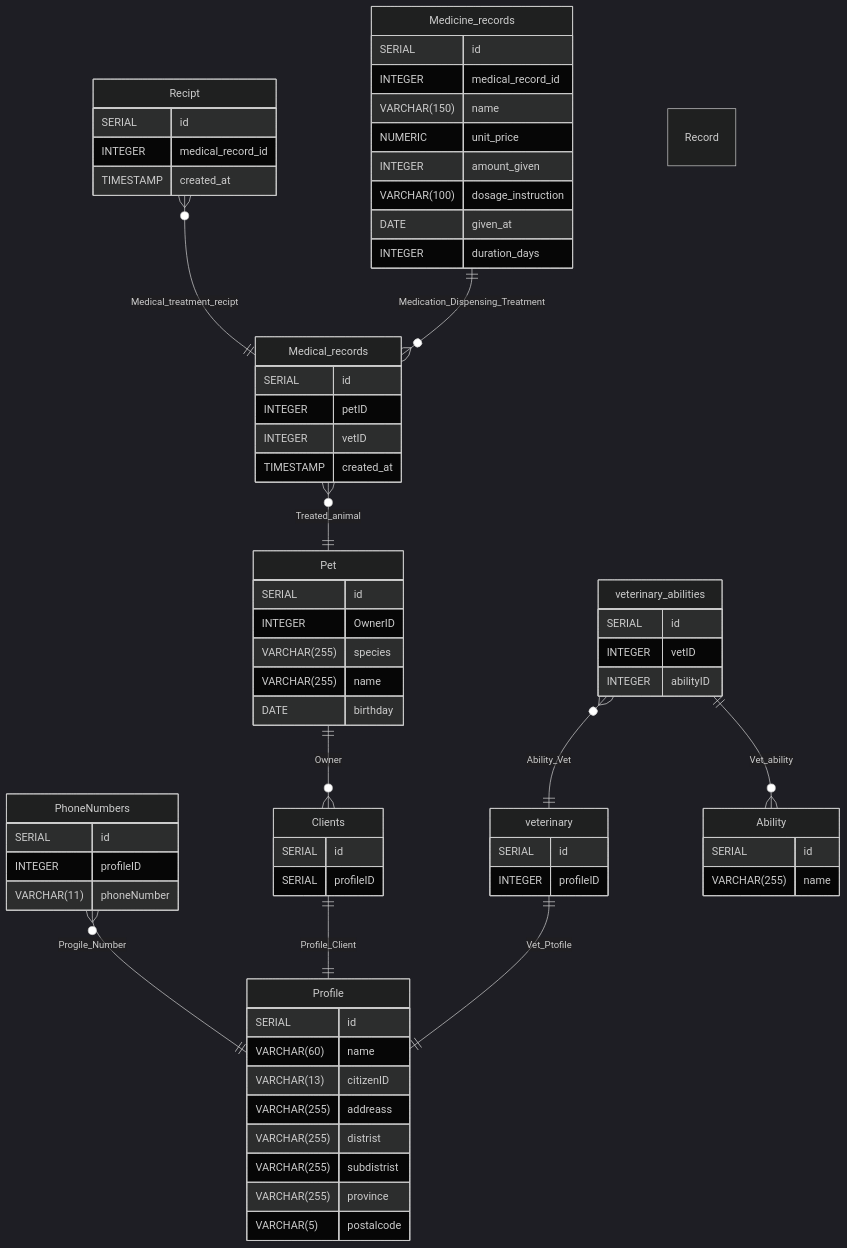
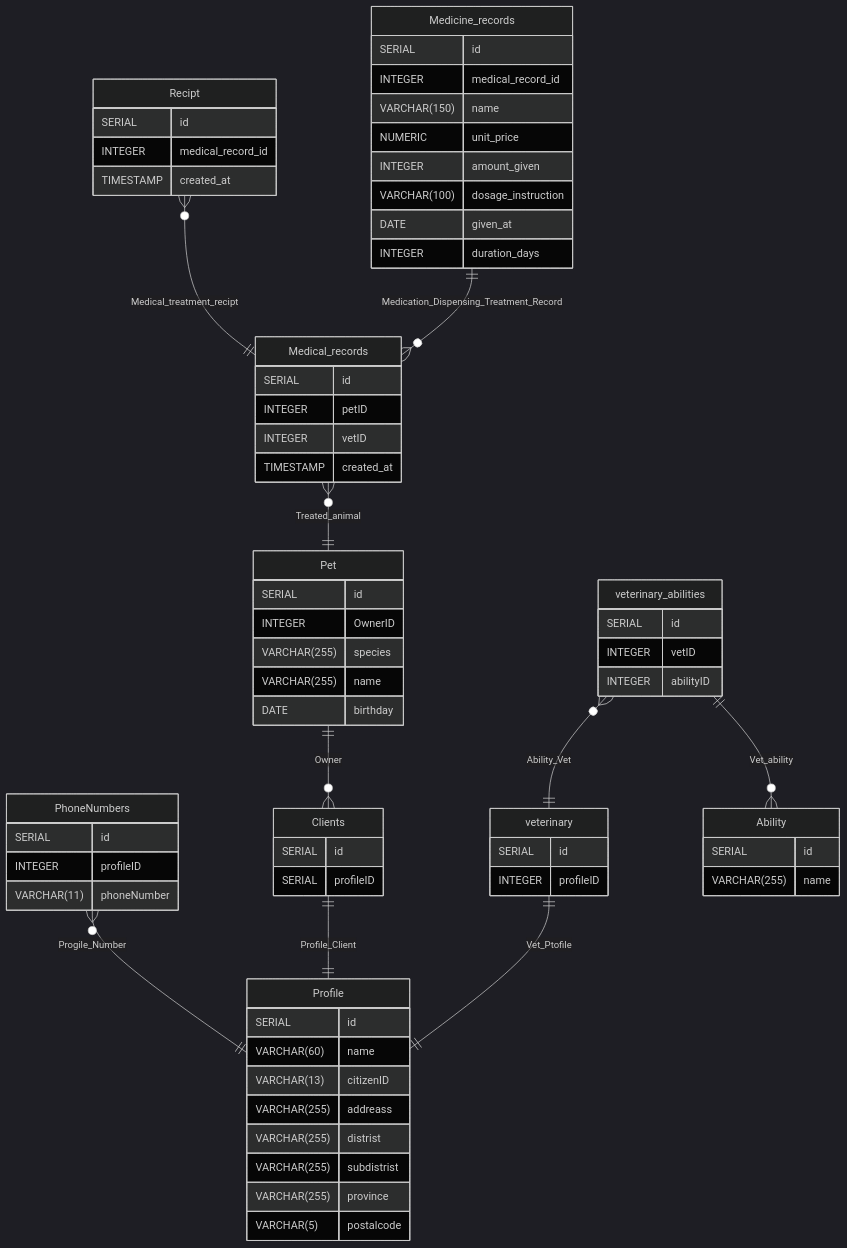
Before and after one commit to Muntho58/Workshop2: the diagram in readme.md, drawn with Mermaid (dark theme).

````diff
--- a/readme.md
+++ b/readme.md
@@ -8,82 +8,82 @@
 ```mermaid
 erDiagram
 	PhoneNumbers }o--|| Profile : Progile_Number
 	Clients ||--|| Profile : Profile_Client
 	veterinary ||--|| Profile : Vet_Ptofile
 	veterinary_abilities }o--|| veterinary : Ability_Vet
 	veterinary_abilities ||--o{ Ability : Vet_ability
 	Pet ||--o{ Clients : Owner
 	Medical_records }o--|| Pet : Treated_animal
 	Recipt }o--|| Medical_records : Medical_treatment_recipt
-	Medicine_records ||--o{ Medical_records : Medication_Dispensing_Treatment Record
+	Medicine_records ||--o{ Medical_records : Medication_Dispensing_Treatment_Record
 
 	Profile {
 		SERIAL id
 		VARCHAR(60) name
 		VARCHAR(13) citizenID
 		VARCHAR(255) addreass
 		VARCHAR(255) distrist
 		VARCHAR(255) subdistrist
 		VARCHAR(255) province
 		VARCHAR(5) postalcode
 	}
 
 	PhoneNumbers {
 		SERIAL id
 		INTEGER profileID
 		VARCHAR(11) phoneNumber
 	}
 
 	Pet {
 		SERIAL id
 		INTEGER OwnerID
 		VARCHAR(255) species
 		VARCHAR(255) name
 		DATE birthday
 	}
 
 	Clients {
 		SERIAL id
 		SERIAL profileID
 	}
 
 	veterinary {
 		SERIAL id
 		INTEGER profileID
 	}
 
 	veterinary_abilities {
 		SERIAL id
 		INTEGER vetID
 		INTEGER abilityID
 	}
 
 	Ability {
 		SERIAL id
 		VARCHAR(255) name
 	}
 
 	Medical_records {
 		SERIAL id
 		INTEGER petID
 		INTEGER vetID
 		TIMESTAMP created_at
 	}
 
 	Recipt {
 		SERIAL id
 		INTEGER medical_record_id
 		TIMESTAMP created_at
 	}
 
 	Medicine_records {
 		SERIAL id
 		INTEGER medical_record_id
 		VARCHAR(150) name
 		NUMERIC unit_price
 		INTEGER amount_given
 		VARCHAR(100) dosage_instruction
 		DATE given_at
 		INTEGER duration_days
 	}
 ```
````
